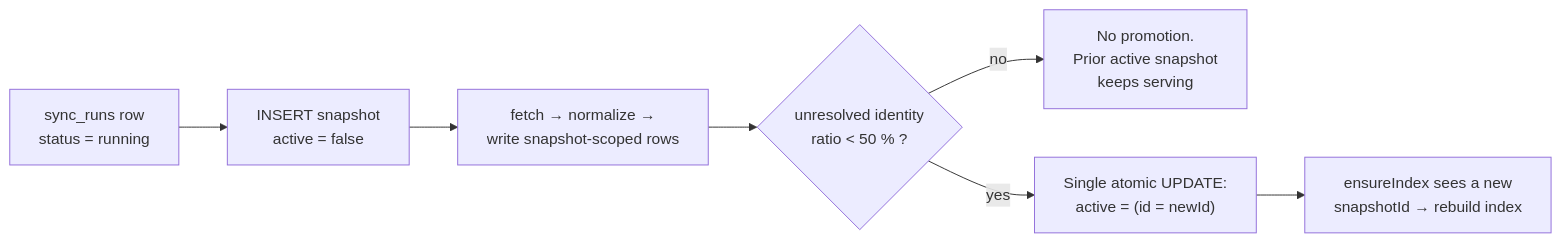
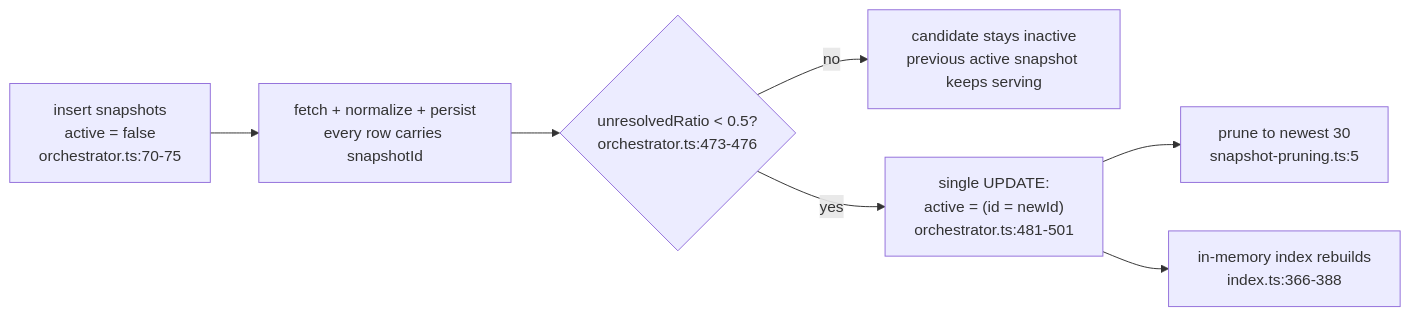
One commit to kasheesh711/bgscheduler changed the first of 4 diagrams in docs/handbook/glossary.md. Above: the diagram before and after it, drawn with Mermaid. The commit also changed other lines of this file and 95 other files, not shown here.

````diff
--- a/docs/handbook/glossary.md
+++ b/docs/handbook/glossary.md
@@ -64,9 +61,9 @@
 ```mermaid
 flowchart LR
-    A["sync_runs row<br/>status = running"] --> B["INSERT snapshot<br/>active = false"]
-    B --> C["fetch → normalize →<br/>write snapshot-scoped rows"]
-    C --> D{"unresolved identity<br/>ratio &lt; 50 % ?"}
-    D -- no --> E["No promotion.<br/>Prior active snapshot<br/>keeps serving"]
-    D -- yes --> F["Single atomic UPDATE:<br/>active = (id = newId)"]
-    F --> G["ensureIndex sees a new<br/>snapshotId → rebuild index"]
+  A["insert snapshots<br/>active = false<br/>orchestrator.ts:70-75"] --> B["fetch + normalize + persist<br/>every row carries snapshotId"]
+  B --> C{"unresolvedRatio &lt; 0.5?<br/>orchestrator.ts:473-476"}
+  C -- no --> D["candidate stays inactive<br/>previous active snapshot keeps serving"]
+  C -- yes --> E["single UPDATE:<br/>active = (id = newId)<br/>orchestrator.ts:481-501"]
+  E --> F["prune to newest 30<br/>snapshot-pruning.ts:5"]
+  E --> G["in-memory index rebuilds<br/>index.ts:366-388"]
 ```
````
